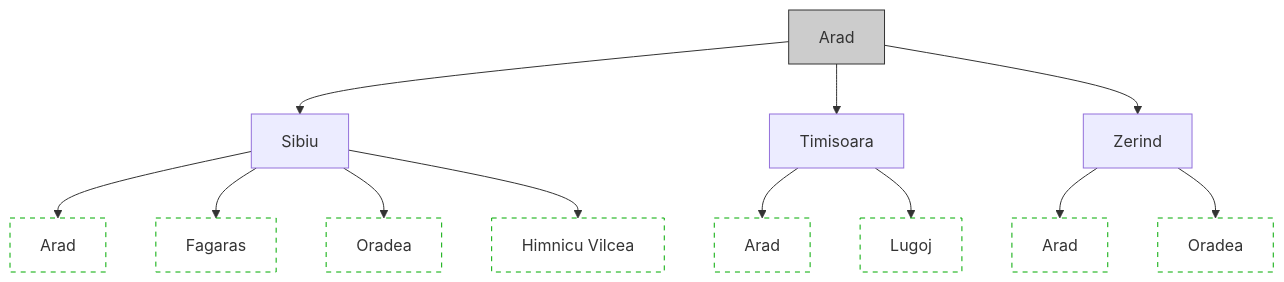
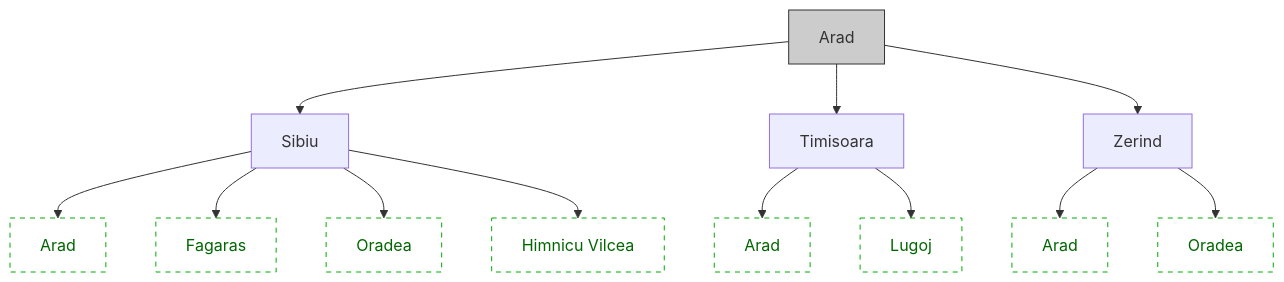
The diagram in slides/02-resolution-problemes/analysis/vision-compare-s17.md (jsboige/CoursIA), drawn with Mermaid before and after one commit. The commit also changed 3 other files, not shown here.

First line of the commit message:
fix(docs,#15516): color: explicite sur les regles mermaid fill: du reste de la fouree (GameTheory/SMT/Tweety/slides, 4 fichiers, 11 regles)

````diff
--- a/slides/02-resolution-problemes/analysis/vision-compare-s17.md
+++ b/slides/02-resolution-problemes/analysis/vision-compare-s17.md
@@ -81,16 +81,17 @@
 ```mermaid
 graph TD
   Arad:::root --> Sibiu
   Arad:::root --> Timisoara
   Arad:::root --> Zerind
   Sibiu --> Arad2[Arad]:::frontier
   Sibiu --> Fagaras:::frontier
   Sibiu --> Oradea1[Oradea]:::frontier
   Sibiu --> HimnicuVilcea[Himnicu Vilcea]:::frontier
   Timisoara --> Arad3[Arad]:::frontier
   Timisoara --> Lugoj:::frontier
   Zerind --> Arad4[Arad]:::frontier
   Zerind --> Oradea2[Oradea]:::frontier
-  classDef root fill:#ccc,stroke:#333
-  classDef frontier fill:#fff,stroke:#00aa00,stroke-dasharray:5
+  %% color: explicite -- sans lui, libelle clair sur fond clair en mode sombre GitHub (#15022) ; ton parfois plus fonce que le stroke (le stroke en couleur de texte rendrait infer illisible) : ne pas harmoniser
+  classDef root fill:#ccc,stroke:#333,color:#333
+  classDef frontier fill:#fff,stroke:#00aa00,stroke-dasharray:5,color:#006600
 ```
````
